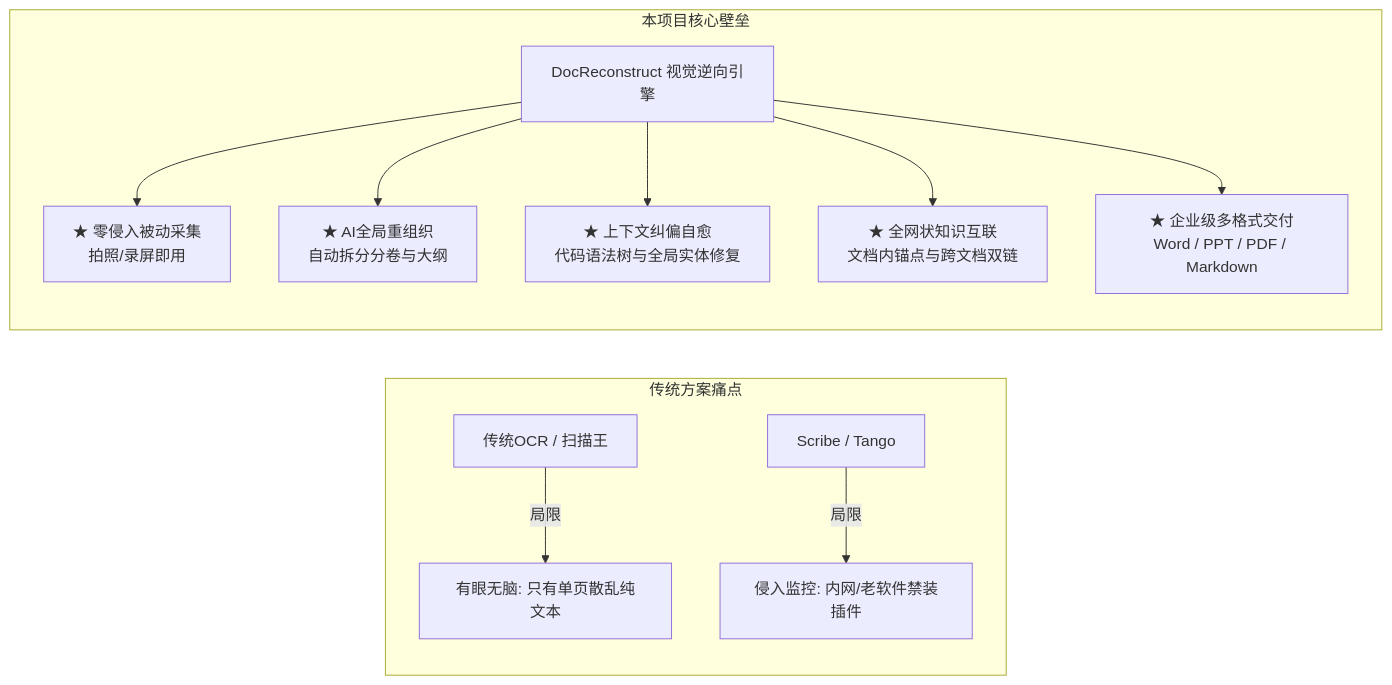
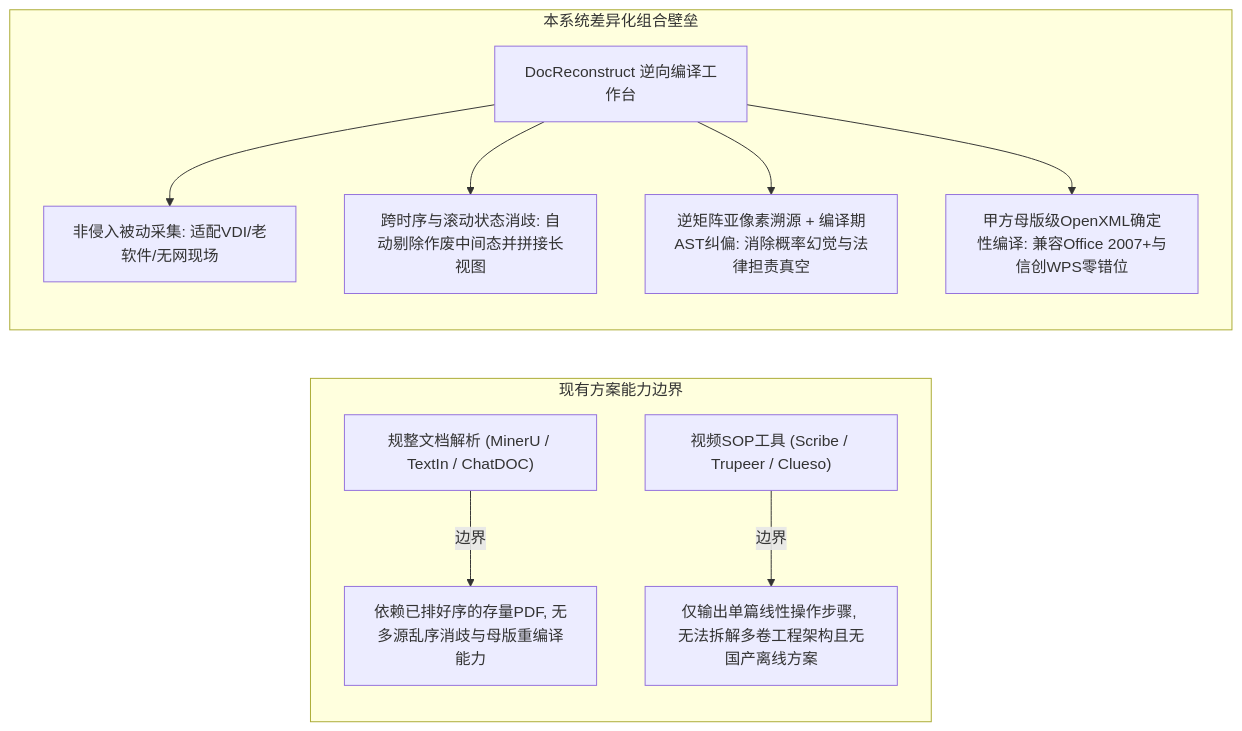
Before and after one commit to TK-zhang/tupian-zhuan-wendang: the diagram in docs/02_战略愿景与核心目标/01_项目战略愿景与核心定位.md, drawn with Mermaid. The commit also changed other lines of this file and 19 other files, not shown here.

````diff
--- a/docs/02_战略愿景与核心目标/01_项目战略愿景与核心定位.md
+++ b/docs/02_战略愿景与核心目标/01_项目战略愿景与核心定位.md
@@ -19,15 +19,14 @@
 ```mermaid
 flowchart LR
-    subgraph 传统方案痛点
-        A[传统OCR / 扫描王] -->|局限| A1[有眼无脑: 只有单页散乱纯文本]
-        B[Scribe / Tango] -->|局限| B1[侵入监控: 内网/老软件禁装插件]
+    subgraph 现有方案能力边界
+        A["规整文档解析 (MinerU / TextIn / ChatDOC)"] -->|"边界"| A1["依赖已排好序的存量PDF, 无多源乱序消歧与母版重编译能力"]
+        B["视频SOP工具 (Scribe / Trupeer / Clueso)"] -->|"边界"| B1["仅输出单篇线性操作步骤, 无法拆解多卷工程架构且无国产离线方案"]
     end
 
-    subgraph 本项目核心壁垒
-        C[DocReconstruct 视觉逆向引擎] --> D[★ 零侵入被动采集<br>拍照/录屏即用]
-        C --> E[★ AI全局重组织<br>自动拆分分卷与大纲]
-        C --> F[★ 上下文纠偏自愈<br>代码语法树与全局实体修复]
-        C --> G[★ 全网状知识互联<br>文档内锚点与跨文档双链]
-        C --> H[★ 企业级多格式交付<br>Word / PPT / PDF / Markdown]
+    subgraph 本系统差异化组合壁垒
+        C["DocReconstruct 逆向编译工作台"] --> D["非侵入被动采集: 适配VDI/老软件/无网现场"]
+        C --> E["跨时序与滚动状态消歧: 自动剔除作废中间态并拼接长视图"]
+        C --> F["逆矩阵亚像素溯源 + 编译期AST纠偏: 消除概率幻觉与法律担责真空"]
+        C --> G["甲方母版级OpenXML确定性编译: 兼容Office 2007+与信创WPS零错位"]
     end
 ```
````
